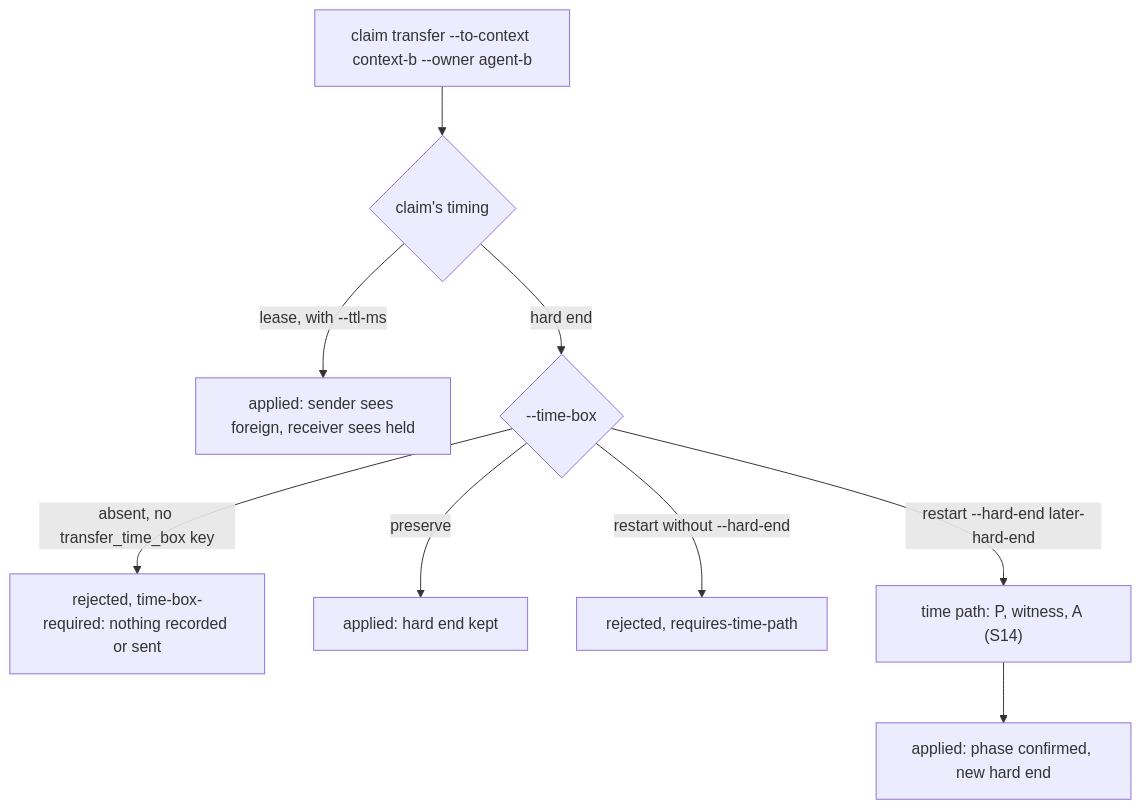
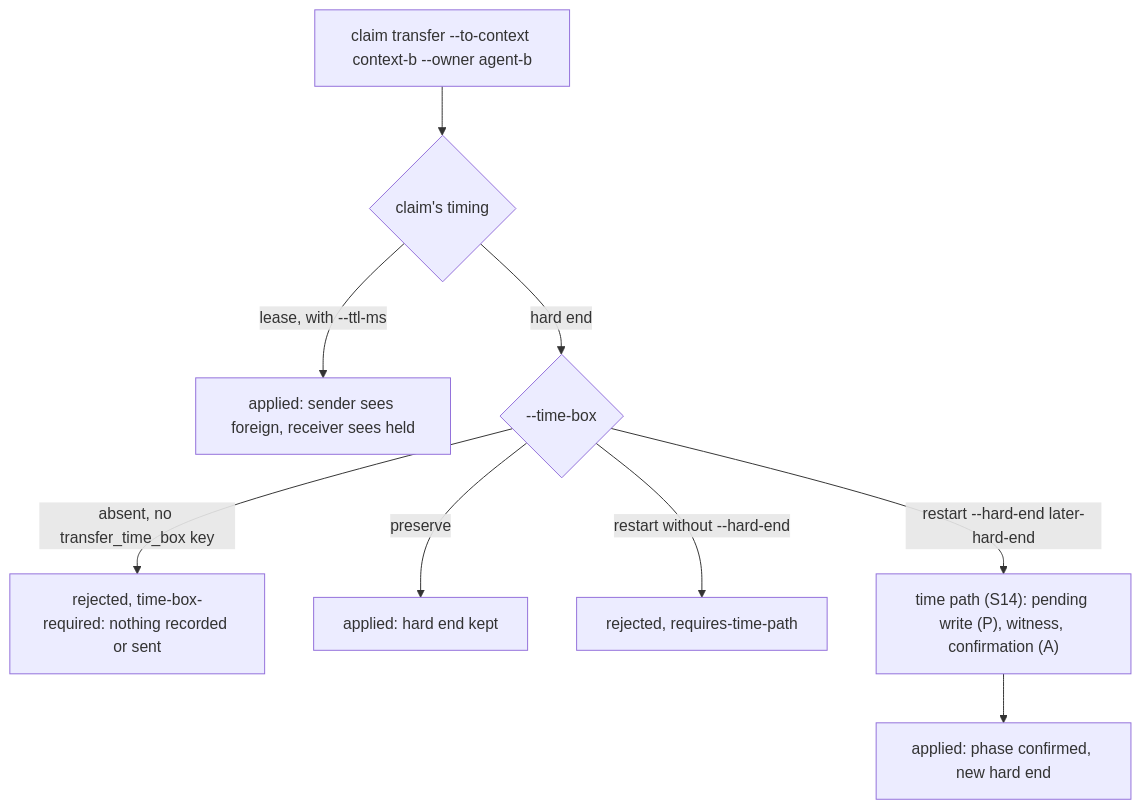
Before and after one commit to lunetics/Backlog.md: the third of 5 diagrams in CLAIMS.md, drawn with Mermaid. The commit also changed other lines of this file and 5 other files, not shown here.

First line of the commit message:
claims: name the time-path steps and translate the report package titles

````diff
--- a/CLAIMS.md
+++ b/CLAIMS.md
@@ -366,13 +366,13 @@
 ```mermaid
 flowchart TD
     transfer["claim transfer --to-context context-b --owner agent-b"]
     required["rejected, time-box-required: nothing recorded or sent"]
     transfer --> timing{"claim's timing"}
     timing -->|"lease, with --ttl-ms"| lease["applied: sender sees foreign, receiver sees held"]
     timing -->|hard end| tb{"--time-box"}
     tb -->|"absent, no transfer_time_box key"| required
     tb -->|preserve| preserve["applied: hard end kept"]
     tb -->|"restart without --hard-end"| path["rejected, requires-time-path"]
-    tb -->|"restart --hard-end later-hard-end"| restart["time path: P, witness, A (S14)"]
+    tb -->|"restart --hard-end later-hard-end"| restart["time path (S14): pending write (P), witness, confirmation (A)"]
     restart --> confirmed["applied: phase confirmed, new hard end"]
 ```
````
